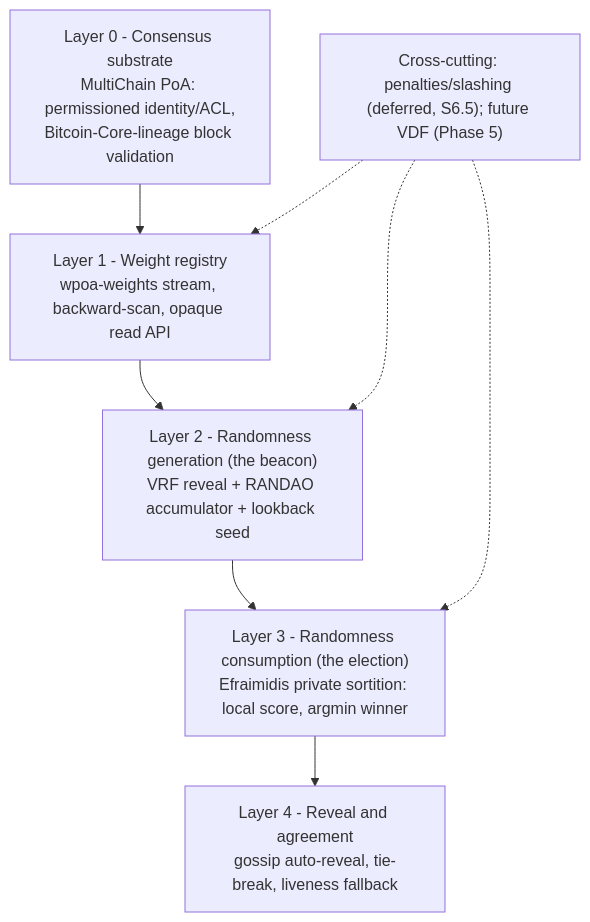
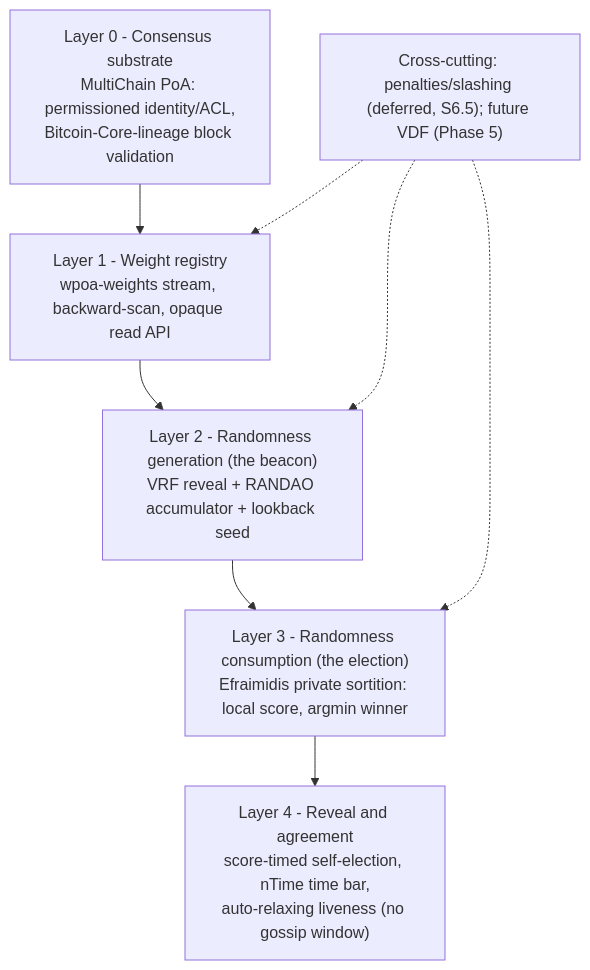
The diagram in src/wpoa/docs/implementation-roadmap.md (FeMattu/multichain), drawn with Mermaid before and after one commit. The commit also changed other lines of this file and 8 other files, not shown here.

````diff
--- a/src/wpoa/docs/implementation-roadmap.md
+++ b/src/wpoa/docs/implementation-roadmap.md
@@ -51,14 +51,14 @@
 ```mermaid
 flowchart TD
     L0["Layer 0 - Consensus substrate<br/>MultiChain PoA: permissioned identity/ACL,<br/>Bitcoin-Core-lineage block validation"]
     L1["Layer 1 - Weight registry<br/>wpoa-weights stream, backward-scan, opaque read API"]
     L2["Layer 2 - Randomness generation (the beacon)<br/>VRF reveal + RANDAO accumulator + lookback seed"]
     L3["Layer 3 - Randomness consumption (the election)<br/>Efraimidis private sortition: local score, argmin winner"]
-    L4["Layer 4 - Reveal and agreement<br/>gossip auto-reveal, tie-break, liveness fallback"]
+    L4["Layer 4 - Reveal and agreement<br/>score-timed self-election, nTime time bar,<br/>auto-relaxing liveness (no gossip window)"]
     CROSS["Cross-cutting: penalties/slashing (deferred, S6.5); future VDF (Phase 5)"]
 
     L0 --> L1 --> L2 --> L3 --> L4
     CROSS -.-> L1
     CROSS -.-> L2
     CROSS -.-> L3
 ```
````
